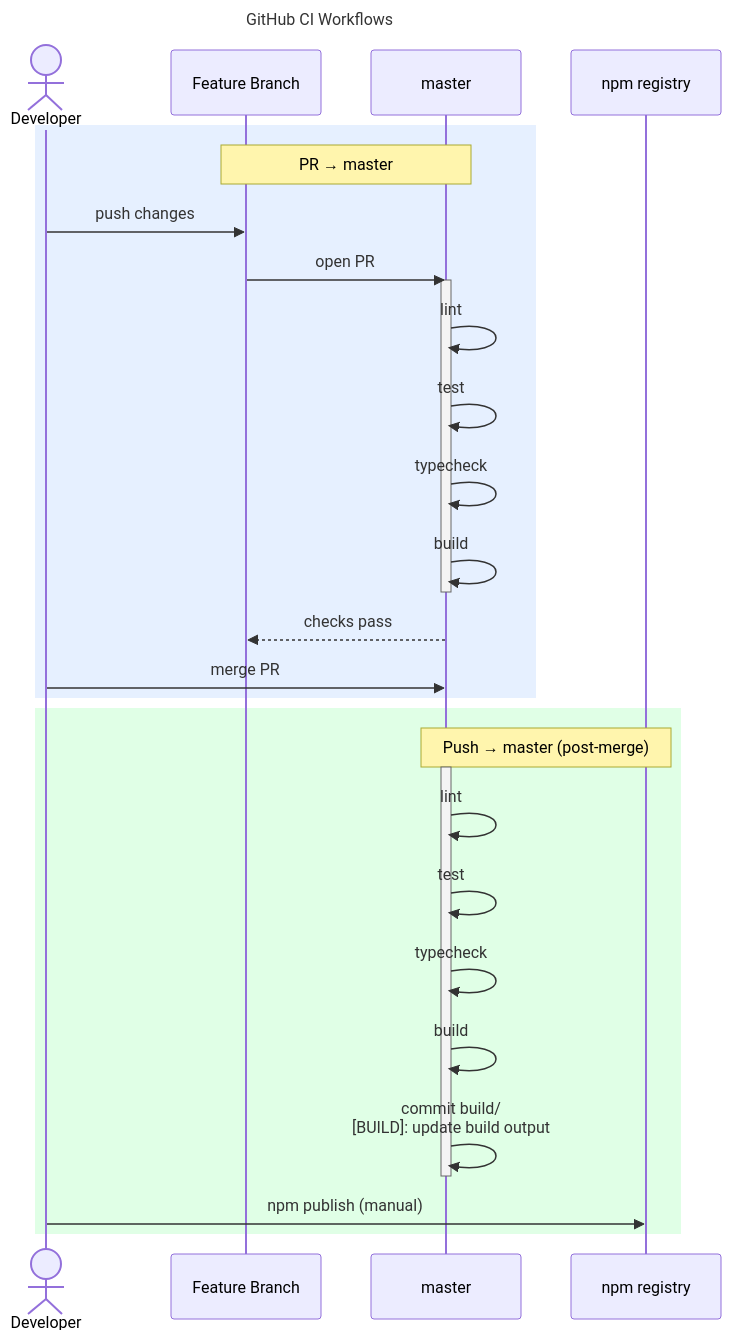
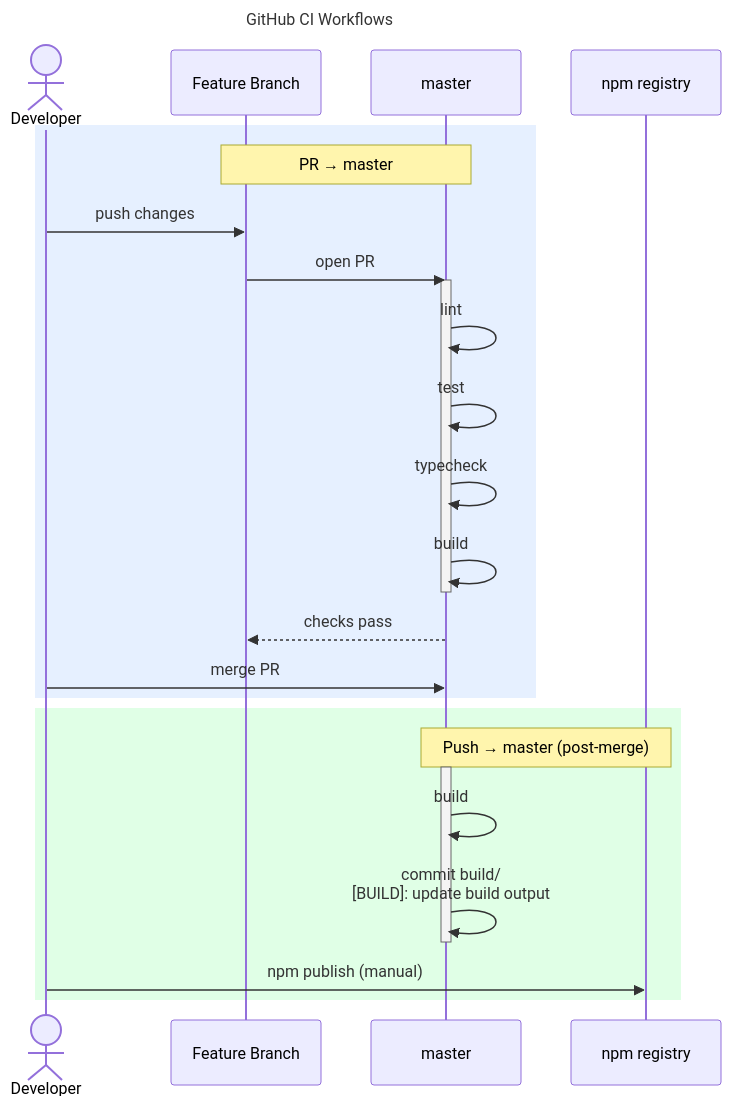
The diagram in docs/contracts/ci-workflow.mmd (erdembircan/plugin-rescope), drawn with Mermaid before and after one commit. The commit also changed 6 other files, not shown here.

```diff
--- a/docs/contracts/ci-workflow.mmd
+++ b/docs/contracts/ci-workflow.mmd
@@ -1,34 +1,31 @@
 ---
 title: GitHub CI Workflows
 ---
 sequenceDiagram
     actor Dev as Developer
     participant FB as Feature Branch
     participant M as master
     participant NPM as npm registry
 
     rect rgb(230, 240, 255)
         Note over FB,M: PR → master
         Dev->>FB: push changes
         FB->>M: open PR
         activate M
         M->>M: lint
         M->>M: test
         M->>M: typecheck
         M->>M: build
         deactivate M
         M-->>FB: checks pass
         Dev->>M: merge PR
     end
 
     rect rgb(224, 255, 230)
         Note over M,NPM: Push → master (post-merge)
         activate M
-        M->>M: lint
-        M->>M: test
-        M->>M: typecheck
         M->>M: build
         M->>M: commit build/<br/>[BUILD]: update build output
         deactivate M
         Dev->>NPM: npm publish (manual)
     end
```
